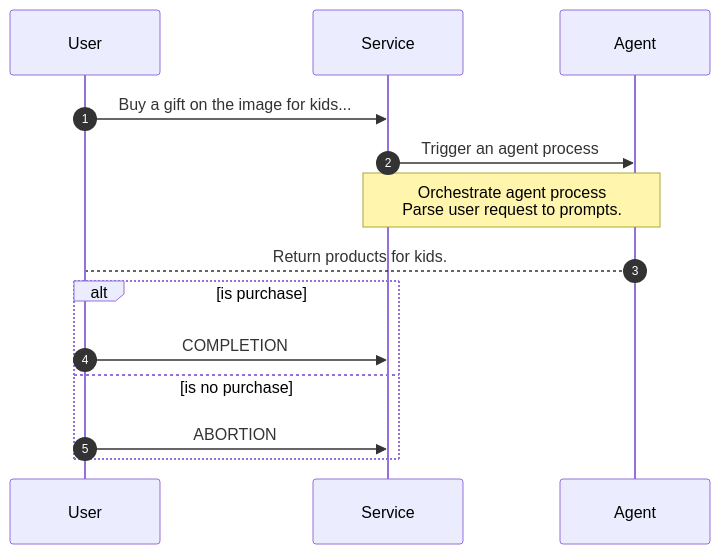
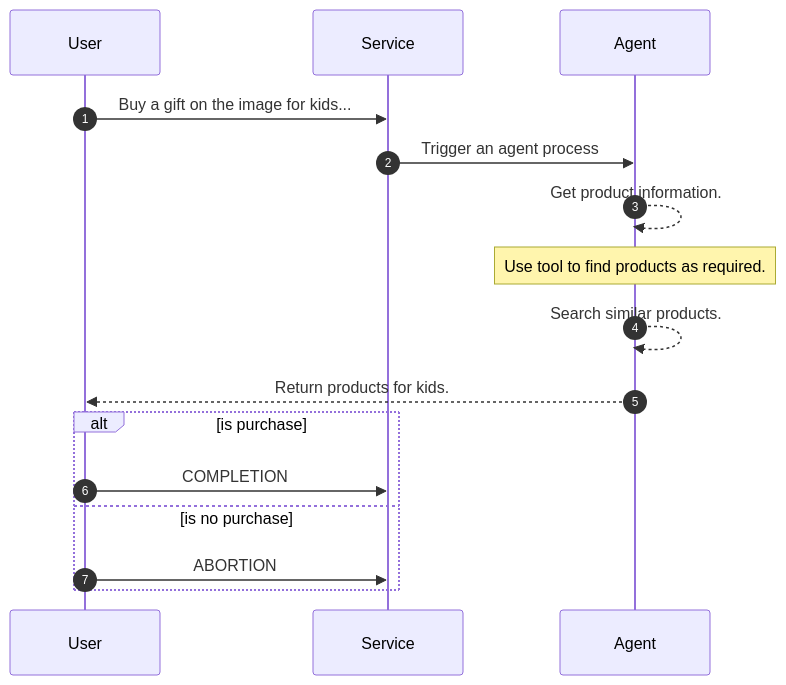
The third of 4 diagrams in _posts/2024-11-31-service-as-a-software.md (yueguoguo/yueguoguo.github.io), drawn with Mermaid before and after one commit. The commit also changed other lines of this file, not shown here.

Commit message:
update diagram

```diff
--- a/_posts/2024-11-31-service-as-a-software.md
+++ b/_posts/2024-11-31-service-as-a-software.md
@@ -190,13 +190,15 @@
 <div class="mermaid">
 sequenceDiagram
     autonumber
     User->>Service: Buy a gift on the image for kids...
     Service->>Agent: Trigger an agent process
-    Note over Service,Agent: Orchestrate agent process<br/>Parse user request to prompts. 
-    Agent-->User: Return products for kids.
+    Agent-->>Agent: Get product information.
+    Note over Agent: Use tool to find products as required.
+    Agent-->>Agent: Search similar products.
+    Agent-->>User: Return products for kids.
     alt is purchase
         User->>Service: COMPLETION
     else is no purchase
         User->>Service: ABORTION
     end
 </div>
```
